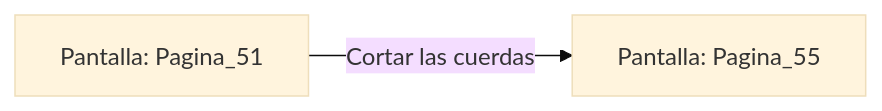
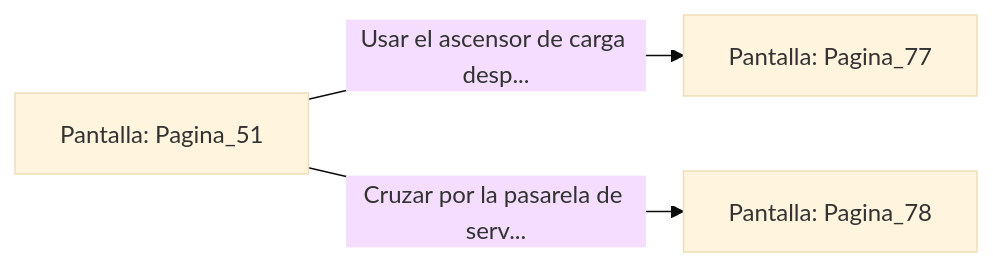
The diagram in sample/eligejuego-vault/Pantalla_Pagina_51.md (metsuke/mpl), drawn with Mermaid (base theme) before and after one commit. The commit also changed other lines of this file and 635 other files, not shown here.

First line of the commit message:
fix: añadir Pagina_1 como pantalla inicial en capitulo_01.mpl

````diff
--- a/sample/eligejuego-vault/Pantalla_Pagina_51.md
+++ b/sample/eligejuego-vault/Pantalla_Pagina_51.md
@@ -14,5 +24,6 @@
 ```mermaid
 graph LR
     P_Pagina_51["Pantalla: Pagina_51"]
-    P_Pagina_51 -->|"Cortar las cuerdas"| P_Pagina_55["Pantalla: Pagina_55"]
+    P_Pagina_51 -->|"Usar el ascensor de carga desp..."| P_Pagina_77["Pantalla: Pagina_77"]
+    P_Pagina_51 -->|"Cruzar por la pasarela de serv..."| P_Pagina_78["Pantalla: Pagina_78"]
 ```
````
